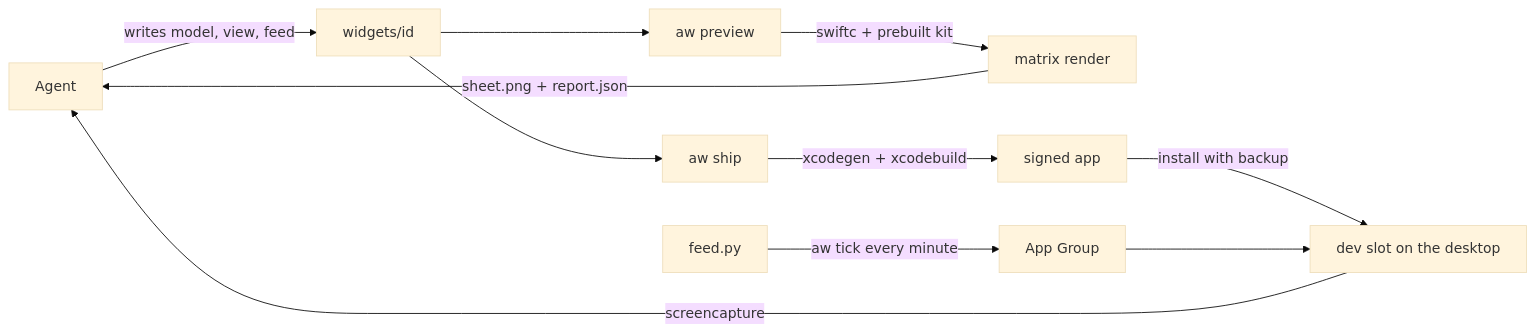
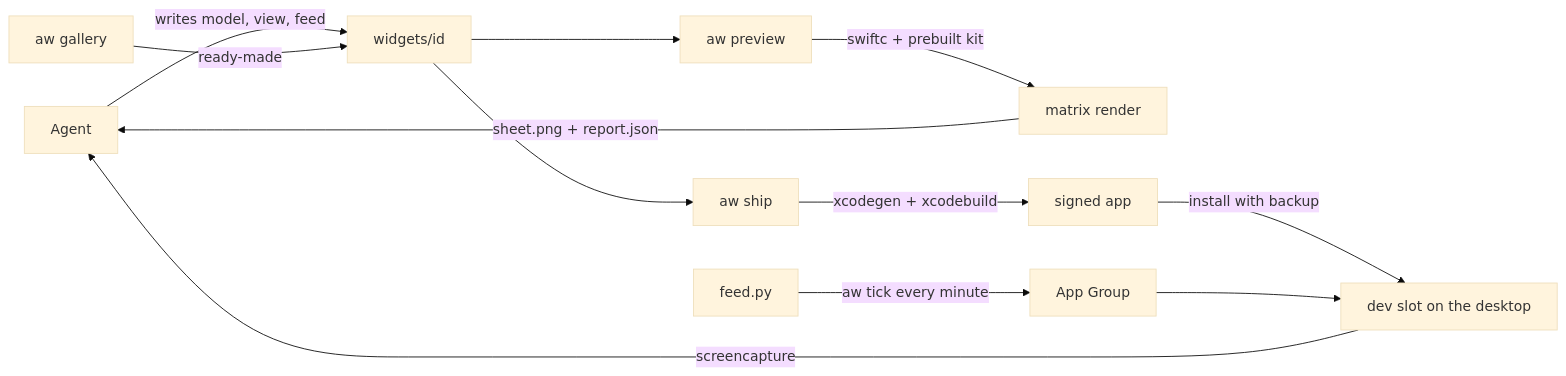
One commit to Surdeddd/agent-widgets changed the diagram in README.md. Above: the diagram before and after it, drawn with Mermaid (base theme). The commit also changed other lines of this file and 23 other files, not shown here.

````diff
--- a/README.md
+++ b/README.md
@@ -155,13 +161,14 @@
 ```mermaid
 flowchart LR
     A[Agent] -->|writes model, view, feed| W[widgets/id]
+    G[aw gallery] -->|ready-made| W
     W --> P[aw preview]
     P -->|swiftc + prebuilt kit| R[matrix render]
     R -->|sheet.png + report.json| A
     W --> S[aw ship]
     S -->|xcodegen + xcodebuild| APP[signed app]
     APP -->|install with backup| D[dev slot on the desktop]
     D -->|screencapture| A
-    F[feed.py] -->|aw tick every minute| G[App Group]
-    G --> D
+    F[feed.py] -->|aw tick every minute| AG[App Group]
+    AG --> D
 ```
````
